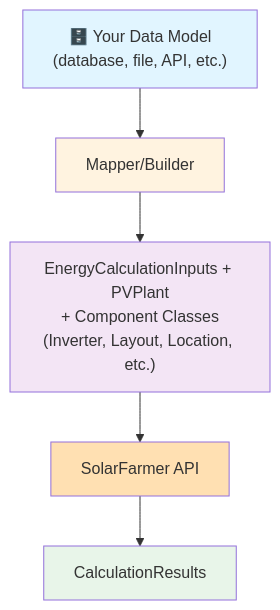
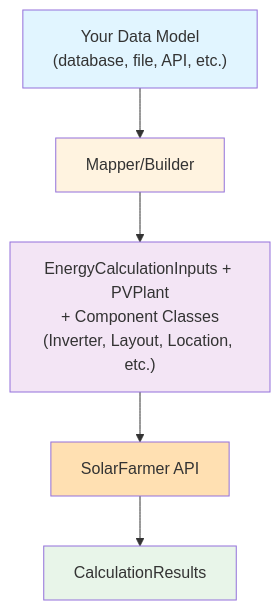
One commit to dnv-opensource/solarfarmer-python-sdk changed the diagram in docs/getting-started/workflow-3-plantbuilder-advanced.md. Above: the diagram before and after it, drawn with Mermaid. The commit also changed other lines of this file and 11 other files, not shown here.

````diff
--- a/docs/getting-started/workflow-3-plantbuilder-advanced.md
+++ b/docs/getting-started/workflow-3-plantbuilder-advanced.md
@@ -25,19 +25,19 @@
 ```mermaid
 graph TB
-    A["🗄️ Your Data Model<br/>(database, file, API, etc.)"]
+    A["Your Data Model<br/>(database, file, API, etc.)"]
     B["Mapper/Builder"]
     C["EnergyCalculationInputs + PVPlant<br/>+ Component Classes<br/>(Inverter, Layout, Location, etc.)"]
     D["SolarFarmer API"]
     E["CalculationResults"]
 
     A --> B
     B --> C
     C --> D
     D --> E
 
     style A fill:#e1f5ff
     style B fill:#fff3e0
     style C fill:#f3e5f5
     style D fill:#ffe0b2
     style E fill:#e8f5e9
 ```
````
